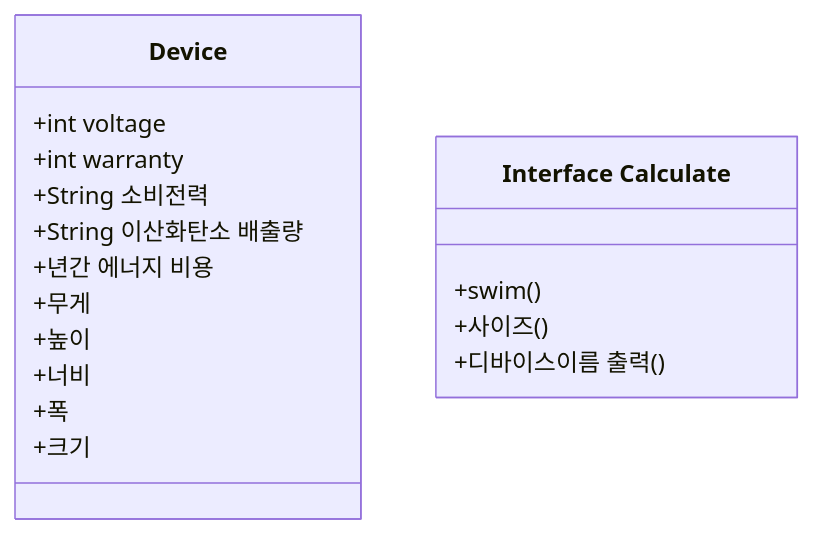
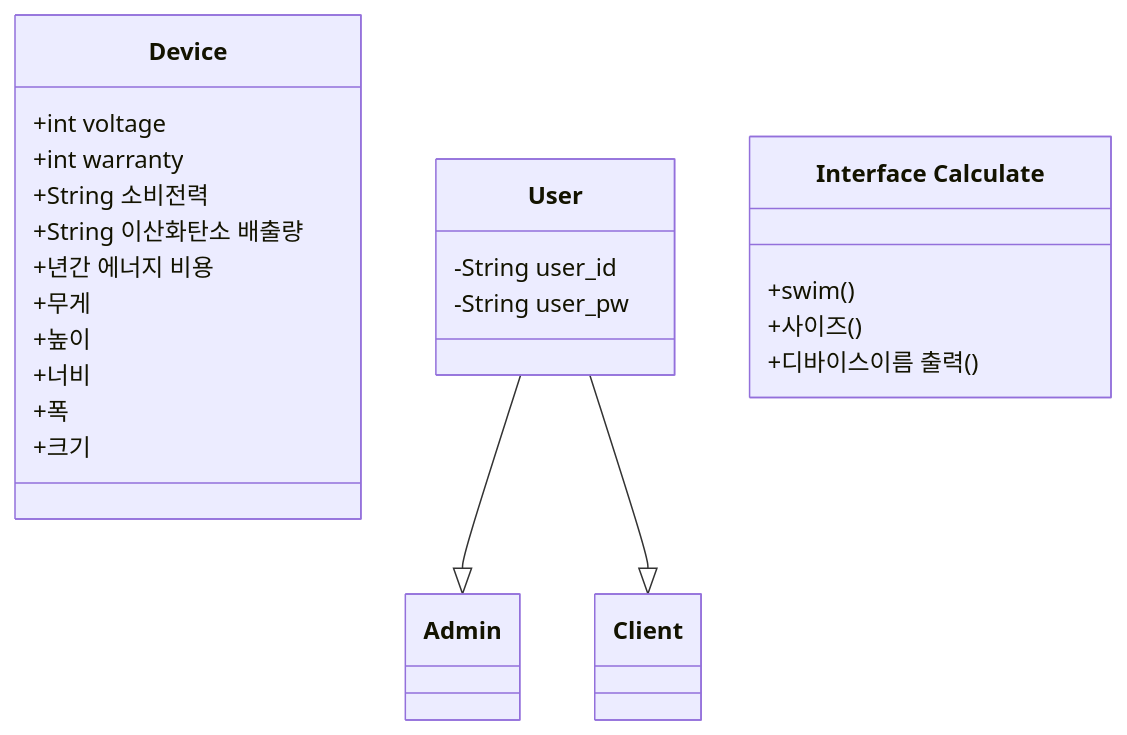
The diagram in README.md (fish895623/teamproject), drawn with Mermaid before and after one commit. The commit also changed other lines of this file, not shown here.

````diff
--- a/README.md
+++ b/README.md
@@ -51,22 +50,30 @@
 ```mermaid
 classDiagram
 class Device {
     +int voltage
     +int warranty
     +String 소비전력
     +String 이산화탄소 배출량
     +년간 에너지 비용
     +무게
     +높이
     +너비
     +폭
     +크기
 }
+class User {
+  -String user_id
+  -String user_pw
+}
+User --|> Admin
+class Admin
 
+User --|> Client
+class Client
 
 class `Interface Calculate` {
     +swim()
     +사이즈()
     +디바이스이름 출력()
 }
 ```
````
